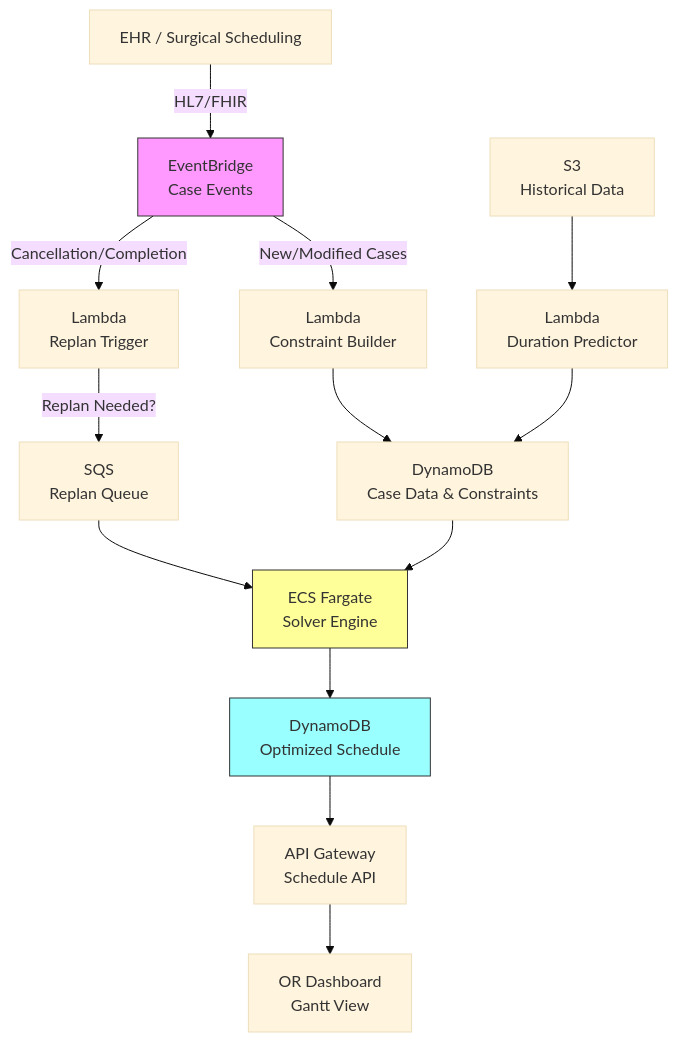
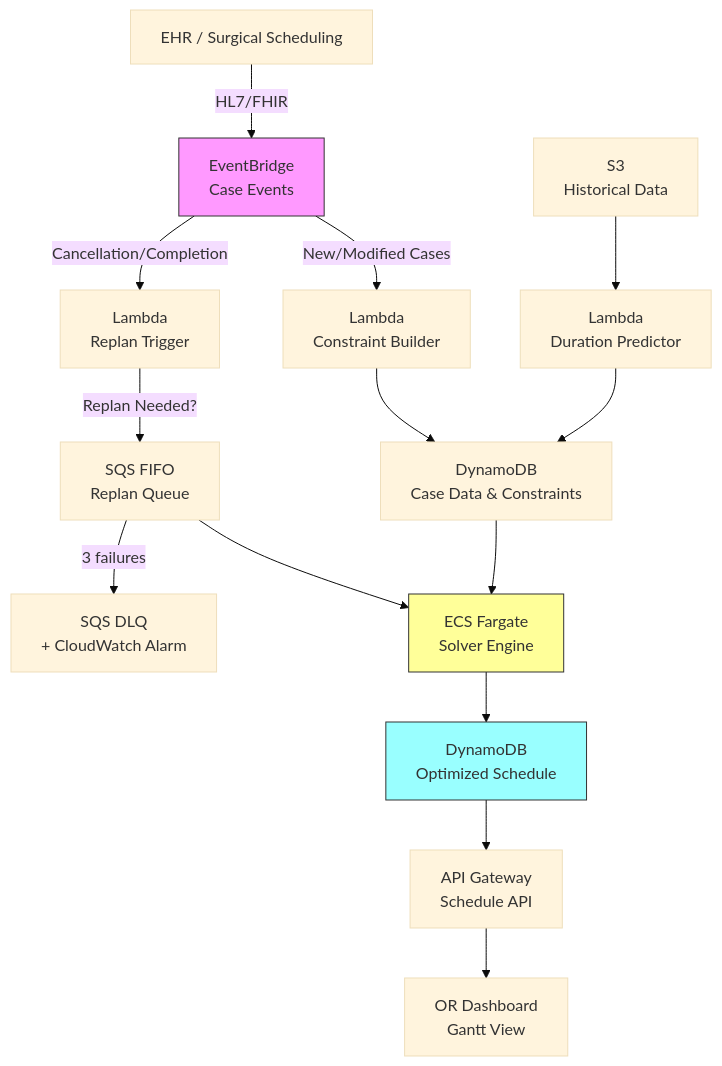
Before and after one commit to ccrngd1/HCLS-ai-book: the diagram in chapter14.07-or-case-sequencing.md, drawn with Mermaid (base theme). The commit also changed other lines of this file and 4 other files, not shown here.

````diff
--- a/chapter14.07-or-case-sequencing.md
+++ b/chapter14.07-or-case-sequencing.md
@@ -133,23 +137,24 @@
 ```mermaid
 flowchart TD
     A[EHR / Surgical Scheduling] -->|HL7/FHIR| B[EventBridge\nCase Events]
     B -->|New/Modified Cases| C[Lambda\nConstraint Builder]
     B -->|Cancellation/Completion| D[Lambda\nReplan Trigger]
     
     C --> E[DynamoDB\nCase Data & Constraints]
     E --> F[ECS Fargate\nSolver Engine]
     F --> G[DynamoDB\nOptimized Schedule]
     
-    D -->|Replan Needed?| H[SQS\nReplan Queue]
+    D -->|Replan Needed?| H[SQS FIFO\nReplan Queue]
     H --> F
+    H -->|3 failures| DLQ[SQS DLQ\n+ CloudWatch Alarm]
     
     I[S3\nHistorical Data] --> J[Lambda\nDuration Predictor]
     J --> E
     
     G --> K[API Gateway\nSchedule API]
     K --> L[OR Dashboard\nGantt View]
 
     style F fill:#ff9,stroke:#333
     style G fill:#9ff,stroke:#333
     style B fill:#f9f,stroke:#333
 ```
````
